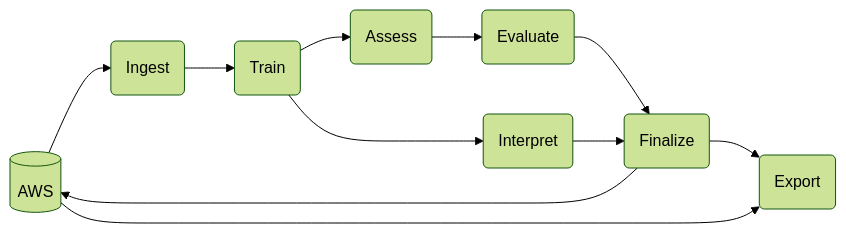
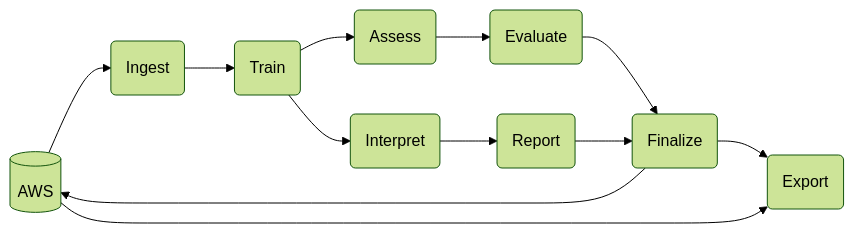
The diagram in README.Rmd (ccao-data/model-res-avm), drawn with Mermaid (forest theme) before and after one commit. The commit also changed other lines of this file and 6 other files, not shown here.

````diff
--- a/README.Rmd
+++ b/README.Rmd
@@ -53,22 +53,24 @@
 ```mermaid
 graph LR
     aws[("AWS")]
     ingest("Ingest")
     train("Train")
     assess("Assess")
     evaluate("Evaluate")
     interpret("Interpret")
+    report("Report")
     finalize("Finalize")
     export("Export")
 
     ingest --> train
     train --> assess
     train --> interpret
     assess --> evaluate
     evaluate --> finalize
-    interpret --> finalize
+    interpret --> report
+    report --> finalize
     finalize --> aws
     finalize --> export
     aws --> ingest
     aws --> export
 ```
````
